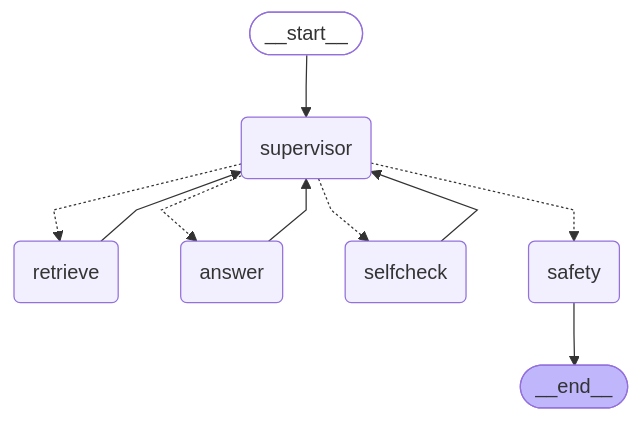
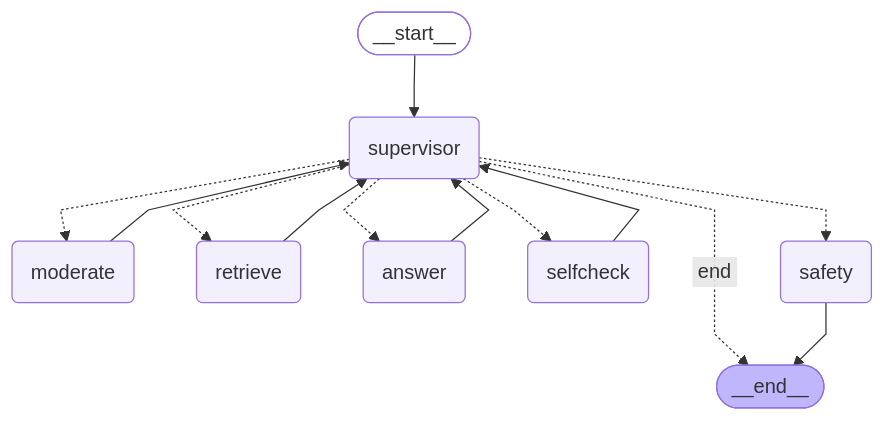
The diagram in artifacts/graph.mmd (Rian-Ismael/IPCC-LLM), drawn with Mermaid before and after one commit. The commit also changed 8 other files, not shown here.

```diff
--- a/artifacts/graph.mmd
+++ b/artifacts/graph.mmd
@@ -1,25 +1,29 @@
 ---
 config:
   flowchart:
     curve: linear
 ---
 graph TD;
 	__start__([<p>__start__</p>]):::first
-	supervisor(supervisor)
+	moderate(moderate)
 	retrieve(retrieve)
 	answer(answer)
 	selfcheck(selfcheck)
 	safety(safety)
+	supervisor(supervisor)
 	__end__([<p>__end__</p>]):::last
 	__start__ --> supervisor;
 	answer --> supervisor;
+	moderate --> supervisor;
 	retrieve --> supervisor;
 	selfcheck --> supervisor;
+	supervisor -. &nbsp;end&nbsp; .-> __end__;
 	supervisor -.-> answer;
+	supervisor -.-> moderate;
 	supervisor -.-> retrieve;
 	supervisor -.-> safety;
 	supervisor -.-> selfcheck;
 	safety --> __end__;
 	classDef default fill:#f2f0ff,line-height:1.2
 	classDef first fill-opacity:0
 	classDef last fill:#bfb6fc
```
